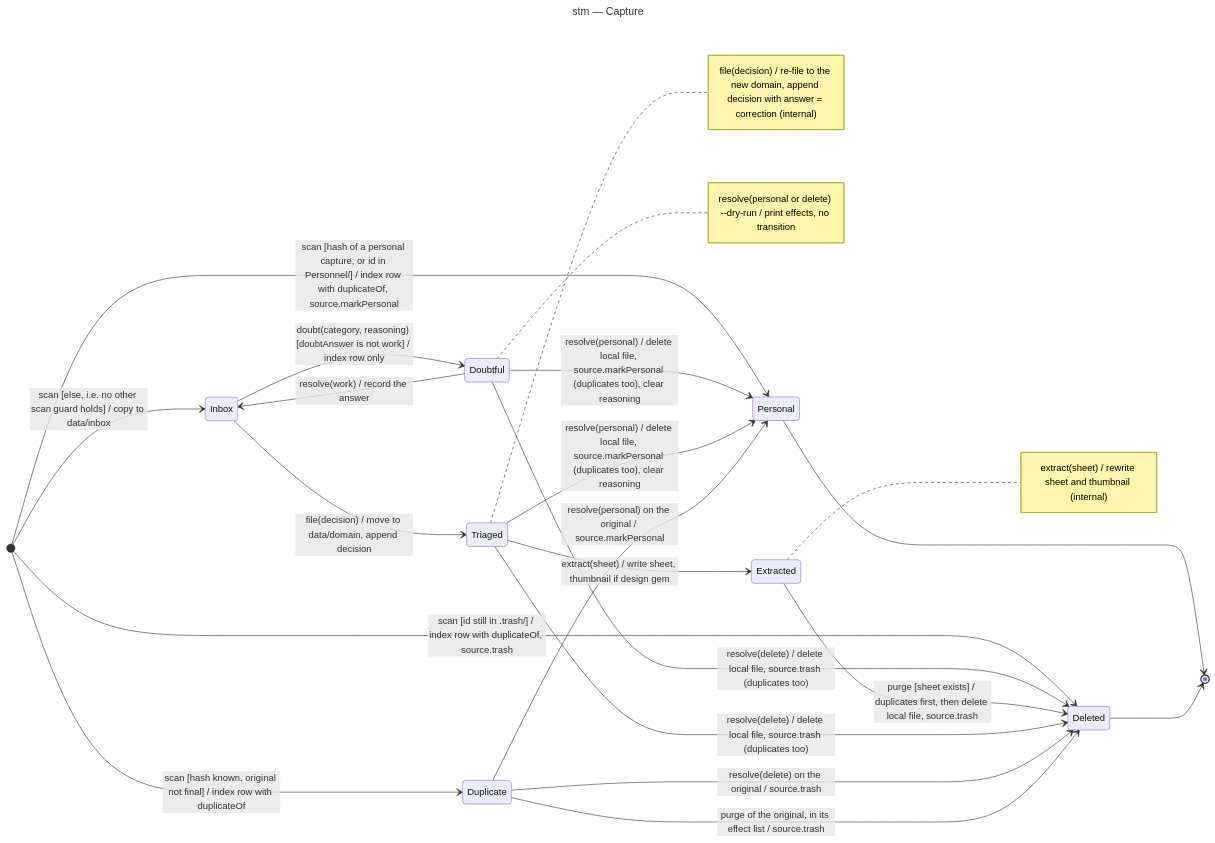
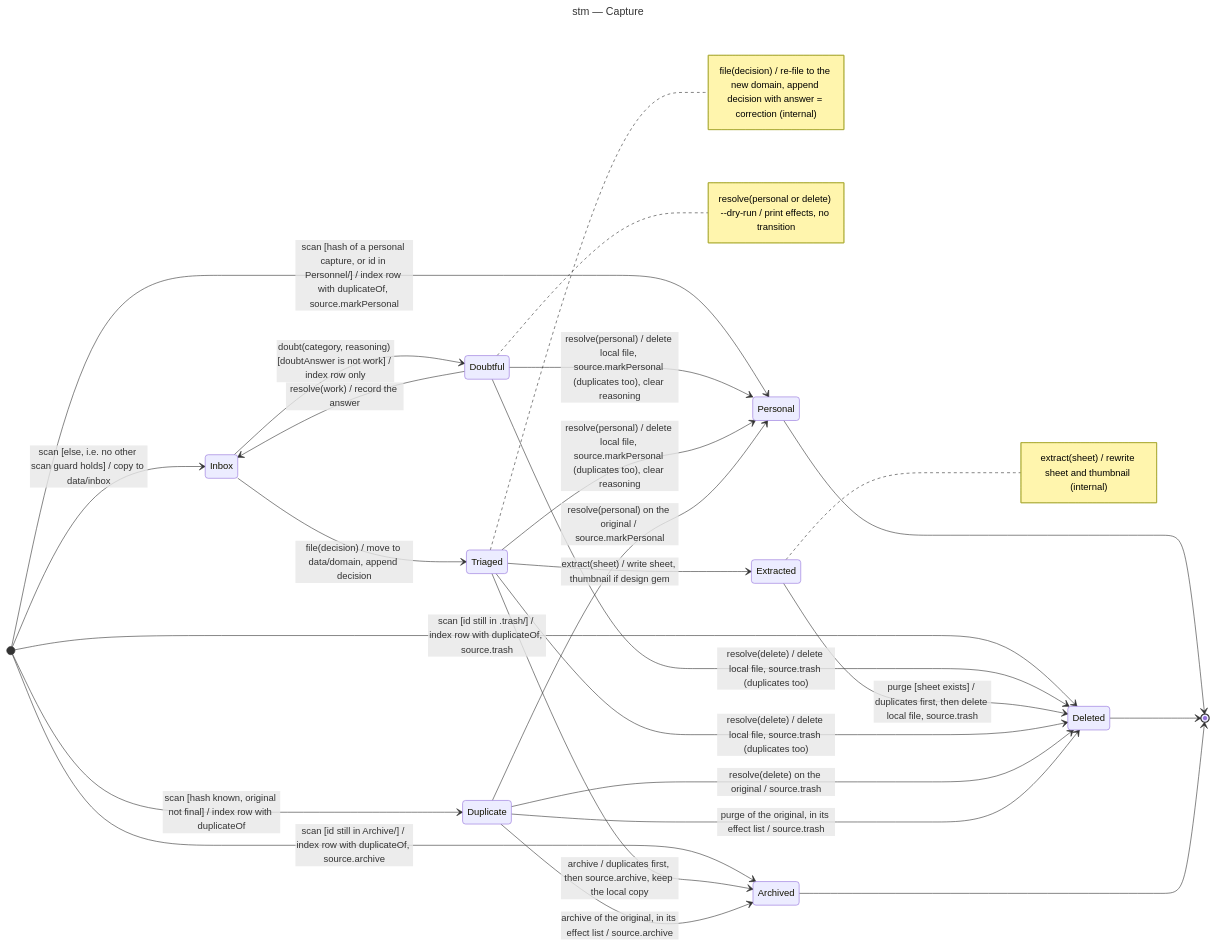
One commit to benoit-bremaud/screenshot-triage changed the diagram in docs/architecture/diagrams/triage/05-state-capture.md. Above: the diagram before and after it, drawn with Mermaid. The commit also changed other lines of this file and 23 other files, not shown here.

````diff
--- a/docs/architecture/diagrams/triage/05-state-capture.md
+++ b/docs/architecture/diagrams/triage/05-state-capture.md
@@ -13,34 +13,38 @@
 ```mermaid
 ---
 title: stm — Capture
 ---
 stateDiagram-v2
   direction LR
   [*] --> Inbox: scan [else, i.e. no other scan guard holds] / copy to data/inbox
   [*] --> Duplicate: scan [hash known, original not final] / index row with duplicateOf
   [*] --> Personal: scan [hash of a personal capture, or id in Personnel/] / index row with duplicateOf, source.markPersonal
   [*] --> Deleted: scan [id still in .trash/] / index row with duplicateOf, source.trash
+  [*] --> Archived: scan [id still in Archive/] / index row with duplicateOf, source.archive
   Inbox --> Triaged: file(decision) / move to data/domain, append decision
   Inbox --> Doubtful: doubt(category, reasoning) [doubtAnswer is not work] / index row only
   Doubtful --> Inbox: resolve(work) / record the answer
   Doubtful --> Personal: resolve(personal) / delete local file, source.markPersonal (duplicates too), clear reasoning
   Doubtful --> Deleted: resolve(delete) / delete local file, source.trash (duplicates too)
   Triaged --> Extracted: extract(sheet) / write sheet, thumbnail if design gem
   Extracted --> Deleted: purge [sheet exists] / duplicates first, then delete local file, source.trash
   Triaged --> Personal: resolve(personal) / delete local file, source.markPersonal (duplicates too), clear reasoning
   Triaged --> Deleted: resolve(delete) / delete local file, source.trash (duplicates too)
+  Triaged --> Archived: archive / duplicates first, then source.archive, keep the local copy
+  Duplicate --> Archived: archive of the original, in its effect list / source.archive
   Duplicate --> Personal: resolve(personal) on the original / source.markPersonal
   Duplicate --> Deleted: resolve(delete) on the original / source.trash
   Duplicate --> Deleted: purge of the original, in its effect list / source.trash
   Personal --> [*]
   Deleted --> [*]
+  Archived --> [*]
   note right of Triaged
     file(decision) / re-file to the new domain, append decision with answer = correction (internal)
   end note
   note right of Extracted
     extract(sheet) / rewrite sheet and thumbnail (internal)
   end note
   note right of Doubtful
     resolve(personal or delete) --dry-run / print effects, no transition
   end note
 ```
````
